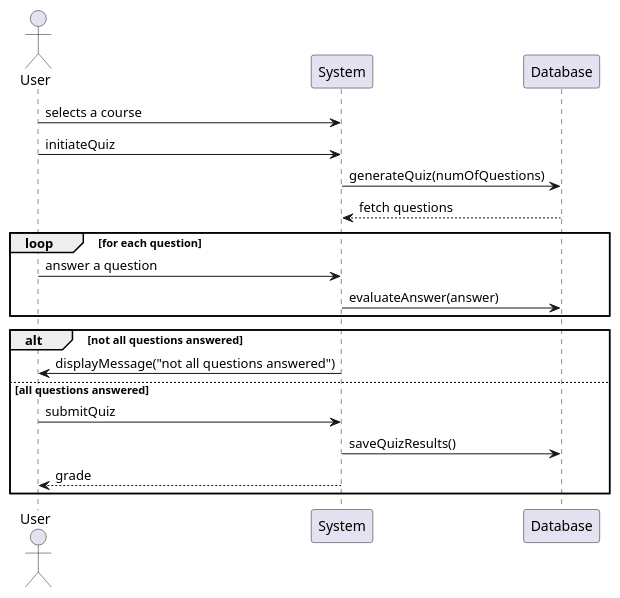
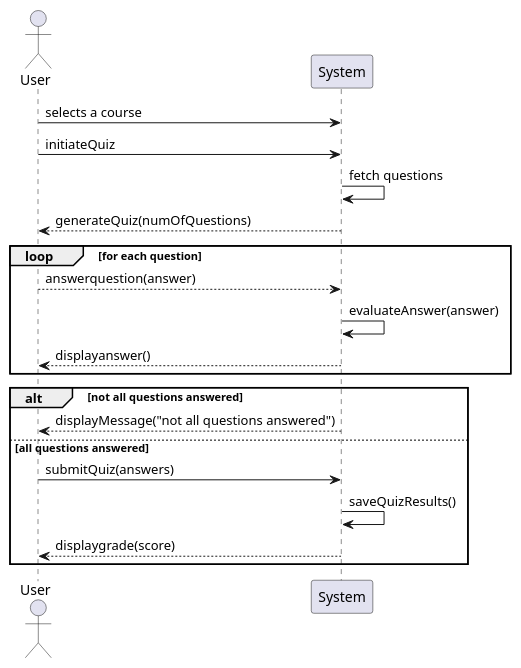
One commit to Noureqo1/Banana-brain-learning changed the diagram in documentation/sequence_diagram_1.puml. Above: the diagram before and after it, drawn with PlantUML. The commit also changed 3 other files, not shown here.

Commit message:
implemented class diagram

```diff
--- a/documentation/sequence_diagram_1.puml
+++ b/documentation/sequence_diagram_1.puml
@@ -1,23 +1,24 @@
 @startuml
 actor User
 participant System
-participant Database
 
 User -> System: selects a course
 User -> System: initiateQuiz
-System -> Database: generateQuiz(numOfQuestions)
-Database --> System: fetch questions
+System -> System: fetch questions
+System --> User: generateQuiz(numOfQuestions)
+
 
 loop for each question
-    User -> System: answer a question
-    System -> Database: evaluateAnswer(answer)
+    User --> System: answerquestion(answer)
+    System -> System: evaluateAnswer(answer)
+    System --> User: displayanswer()
 end
 
 alt not all questions answered
-    System -> User: displayMessage("not all questions answered")
+    System --> User: displayMessage("not all questions answered")
 else all questions answered
-    User -> System: submitQuiz
-    System -> Database: saveQuizResults()
-    System --> User: grade
+    User -> System: submitQuiz(answers)
+    System -> System: saveQuizResults()
+    System --> User: displaygrade(score)
 end
 @enduml
```
